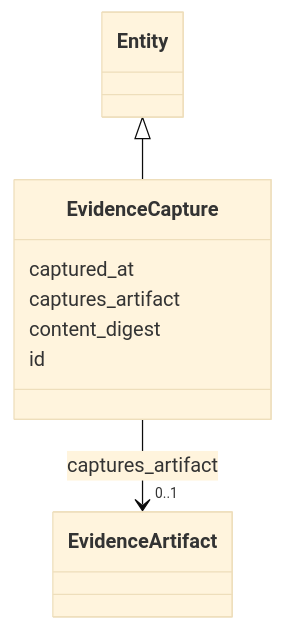
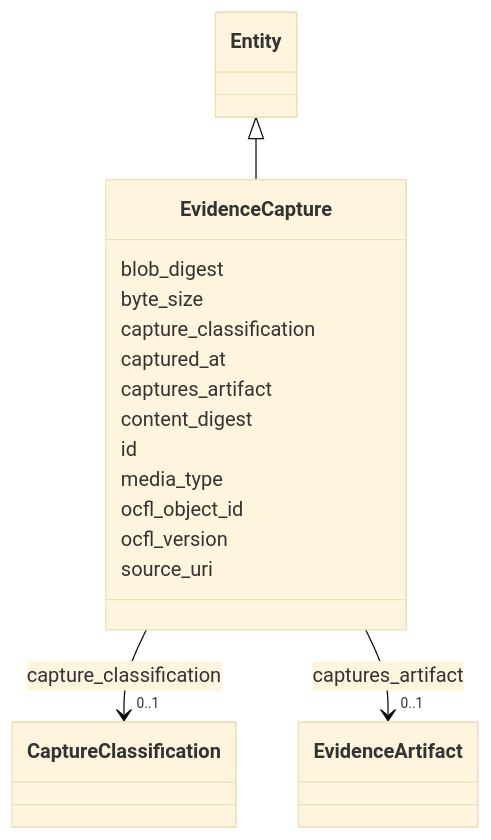
Before and after one commit to SteveVitali/Eleutheria: the diagram in ontology/generated/docs/classes/EvidenceCapture.md, drawn with Mermaid (base theme). The commit also changed other lines of this file and 94 other files, not shown here.

````diff
--- a/ontology/generated/docs/classes/EvidenceCapture.md
+++ b/ontology/generated/docs/classes/EvidenceCapture.md
@@ -23,26 +23,49 @@
 ```mermaid
  classDiagram
     class EvidenceCapture
     click EvidenceCapture href "../../classes/EvidenceCapture/"
       Entity <|-- EvidenceCapture
         click Entity href "../../classes/Entity/"
       
+      EvidenceCapture : blob_digest
+        
+      EvidenceCapture : byte_size
+        
+      EvidenceCapture : capture_classification
+        
+          
+    
+        
+        
+        EvidenceCapture --> "0..1" CaptureClassification : capture_classification
+        click CaptureClassification href "../../enums/CaptureClassification/"
+    
+
+        
       EvidenceCapture : captured_at
         
       EvidenceCapture : captures_artifact
         
           
     
         
         
         EvidenceCapture --> "0..1" EvidenceArtifact : captures_artifact
         click EvidenceArtifact href "../../classes/EvidenceArtifact/"
     
 
         
       EvidenceCapture : content_digest
         
       EvidenceCapture : id
         
+      EvidenceCapture : media_type
+        
+      EvidenceCapture : ocfl_object_id
+        
+      EvidenceCapture : ocfl_version
+        
+      EvidenceCapture : source_uri
+        
       
 ```
````
